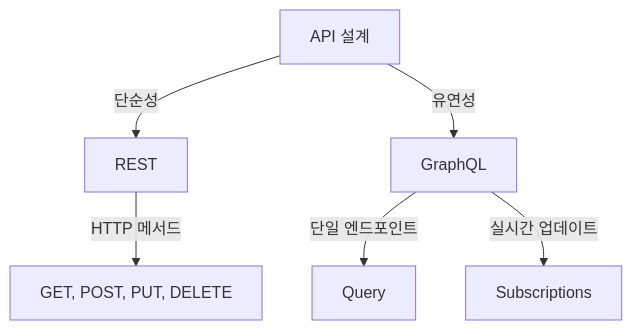
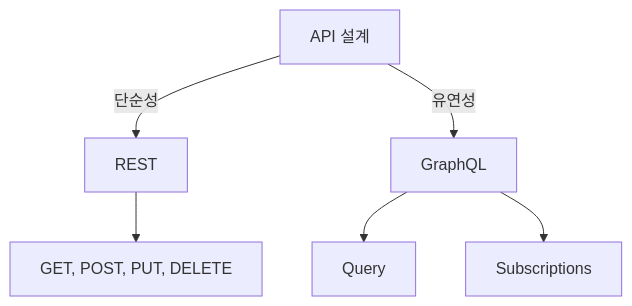
Diagram 11 of 11 in content/post/2024/2024-09-09-rest-vs-graphql/index.md (42jerrykim/42jerrykim.github.io), drawn with Mermaid before and after one commit. The commit also changed other lines of this file and 239 other files, not shown here.

````diff
--- a/content/post/2024/2024-09-09-rest-vs-graphql/index.md
+++ b/content/post/2024/2024-09-09-rest-vs-graphql/index.md
@@ -712,8 +581,14 @@
 ```mermaid
-graph TD;
-    A[API 설계] -->|단순성| B[REST]
-    A -->|유연성| C[GraphQL]
-    B -->|HTTP 메서드| D[GET, POST, PUT, DELETE]
-    C -->|단일 엔드포인트| E[Query]
-    C -->|실시간 업데이트| F[Subscriptions]
+graph TD
+    designNode["API 설계"]
+    restChoice["REST"]
+    graphqlChoice["GraphQL"]
+    httpMethods["GET, POST, PUT, DELETE"]
+    queryOp["Query"]
+    subOp["Subscriptions"]
+    designNode -->|"단순성"| restChoice
+    designNode -->|"유연성"| graphqlChoice
+    restChoice --> httpMethods
+    graphqlChoice --> queryOp
+    graphqlChoice --> subOp
 ```
````
